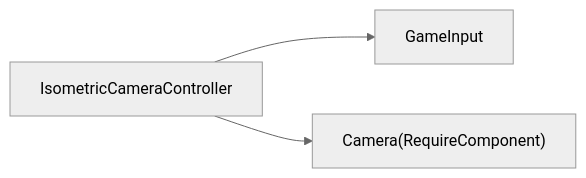
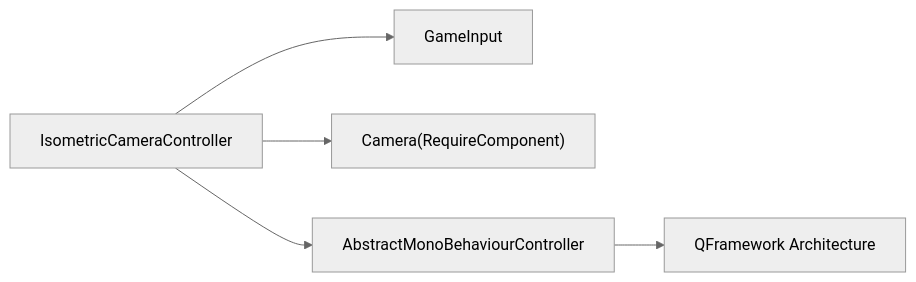
Before and after one commit to MOYVSH/SimulationClient: the seventh of 7 diagrams in .qoder/repowiki/zh/content/核心系统/等距相机系统.md, drawn with Mermaid (neutral theme). The commit also changed other lines of this file and 3095 other files, not shown here.

````diff
--- a/.qoder/repowiki/zh/content/核心系统/等距相机系统.md
+++ b/.qoder/repowiki/zh/content/核心系统/等距相机系统.md
@@ -384,5 +265,7 @@
 ```mermaid
 graph LR
 IC["IsometricCameraController"] --> GI["GameInput"]
 IC --> Cam["Camera(RequireComponent)"]
+IC --> AMC["AbstractMonoBehaviourController"]
+AMC --> QA["QFramework Architecture"]
 ```
````
